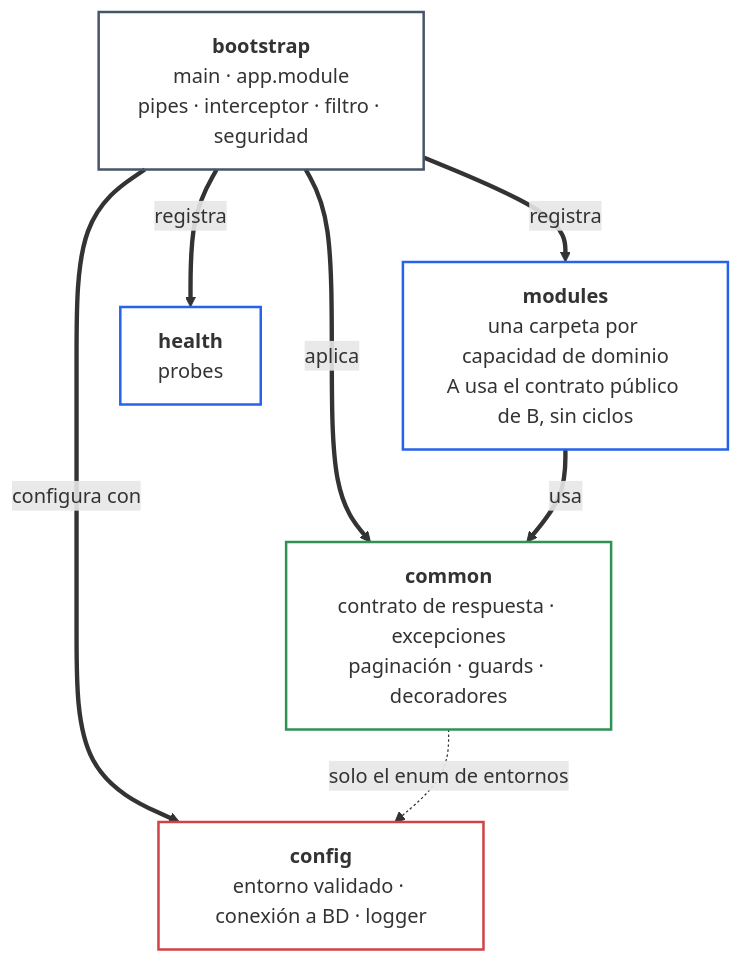
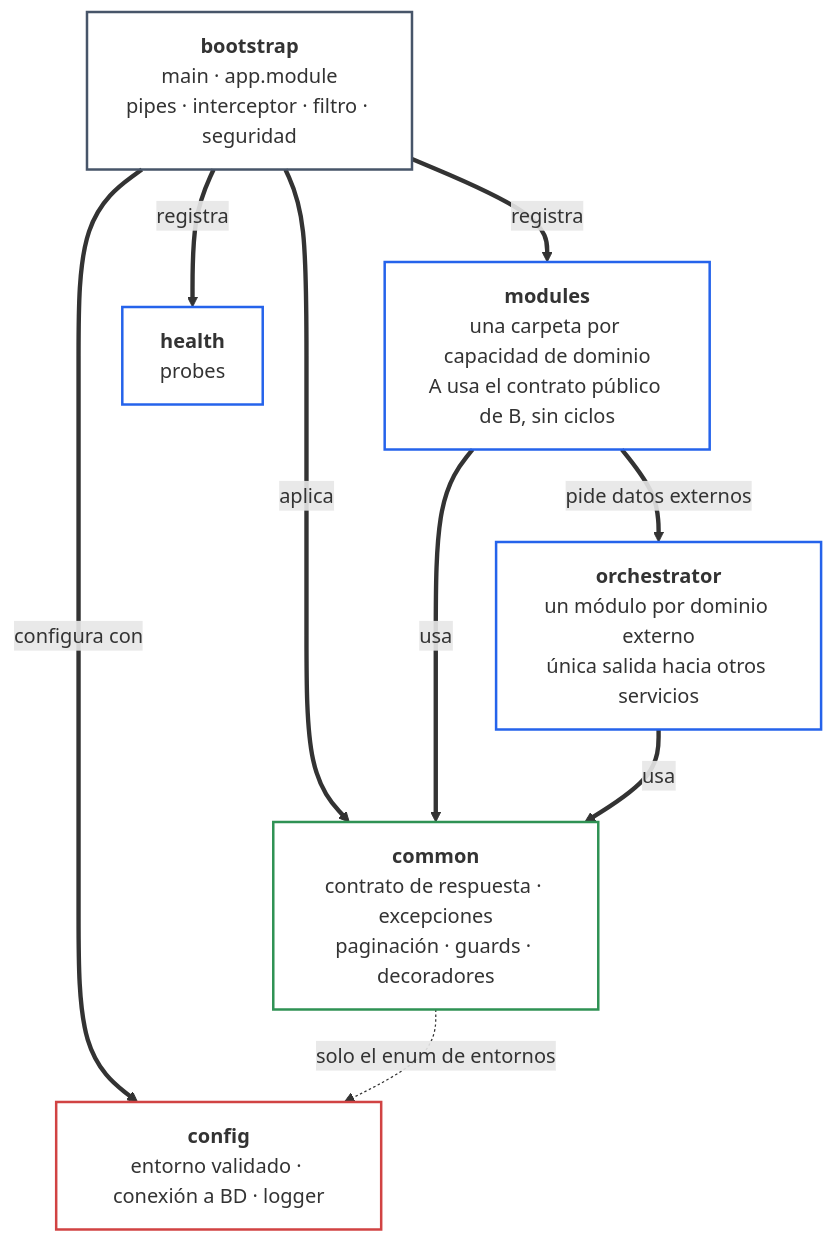
One commit to pcarroza91/nest-template changed the second of 14 diagrams in docs/architecture/guidelines.md. Above: the diagram before and after it, drawn with Mermaid. The commit also changed other lines of this file and 1 other file, not shown here.

First line of the commit message:
docs(architecture): define el orchestrator para la comunicación con otros servicios

````diff
--- a/docs/architecture/guidelines.md
+++ b/docs/architecture/guidelines.md
@@ -78,24 +84,27 @@
 ```mermaid
 flowchart TB
     BOOT["<b>bootstrap</b><br/>main · app.module<br/>pipes · interceptor · filtro · seguridad"]
     MOD["<b>modules</b><br/>una carpeta por capacidad de dominio<br/>A usa el contrato público de B, sin ciclos"]
     HEALTH["<b>health</b><br/>probes"]
+    ORC["<b>orchestrator</b><br/>un módulo por dominio externo<br/>única salida hacia otros servicios"]
     COMMON["<b>common</b><br/>contrato de respuesta · excepciones<br/>paginación · guards · decoradores"]
     CONFIG["<b>config</b><br/>entorno validado · conexión a BD · logger"]
 
     BOOT == "registra" ==> MOD
     BOOT == "registra" ==> HEALTH
     BOOT == "configura con" ==> CONFIG
     BOOT == "aplica" ==> COMMON
     MOD == "usa" ==> COMMON
+    MOD == "pide datos externos" ==> ORC
+    ORC == "usa" ==> COMMON
     COMMON -. "solo el enum de entornos" .-> CONFIG
 
     classDef app fill:transparent,stroke:#475569,stroke-width:2px
     classDef feature fill:transparent,stroke:#2563eb,stroke-width:2px
     classDef core fill:transparent,stroke:#d14343,stroke-width:2px
     classDef shared fill:transparent,stroke:#2f9254,stroke-width:2px
     class BOOT app
-    class MOD,HEALTH feature
+    class MOD,HEALTH,ORC feature
     class CONFIG core
     class COMMON shared
 ```
````
